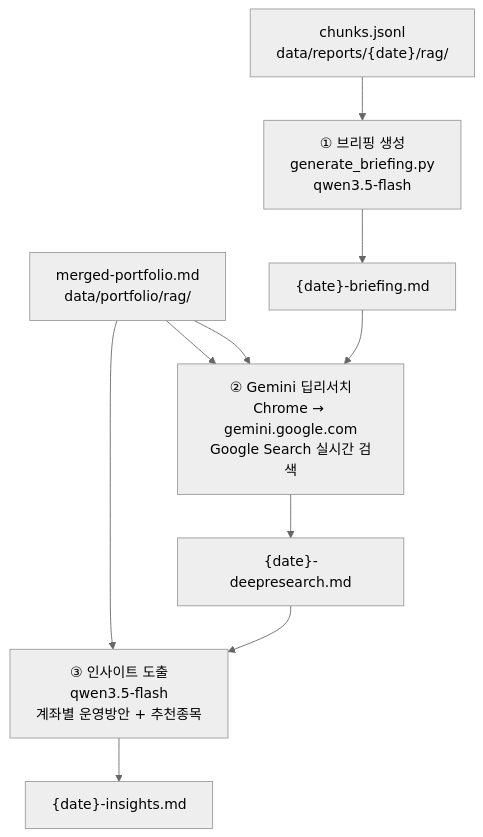
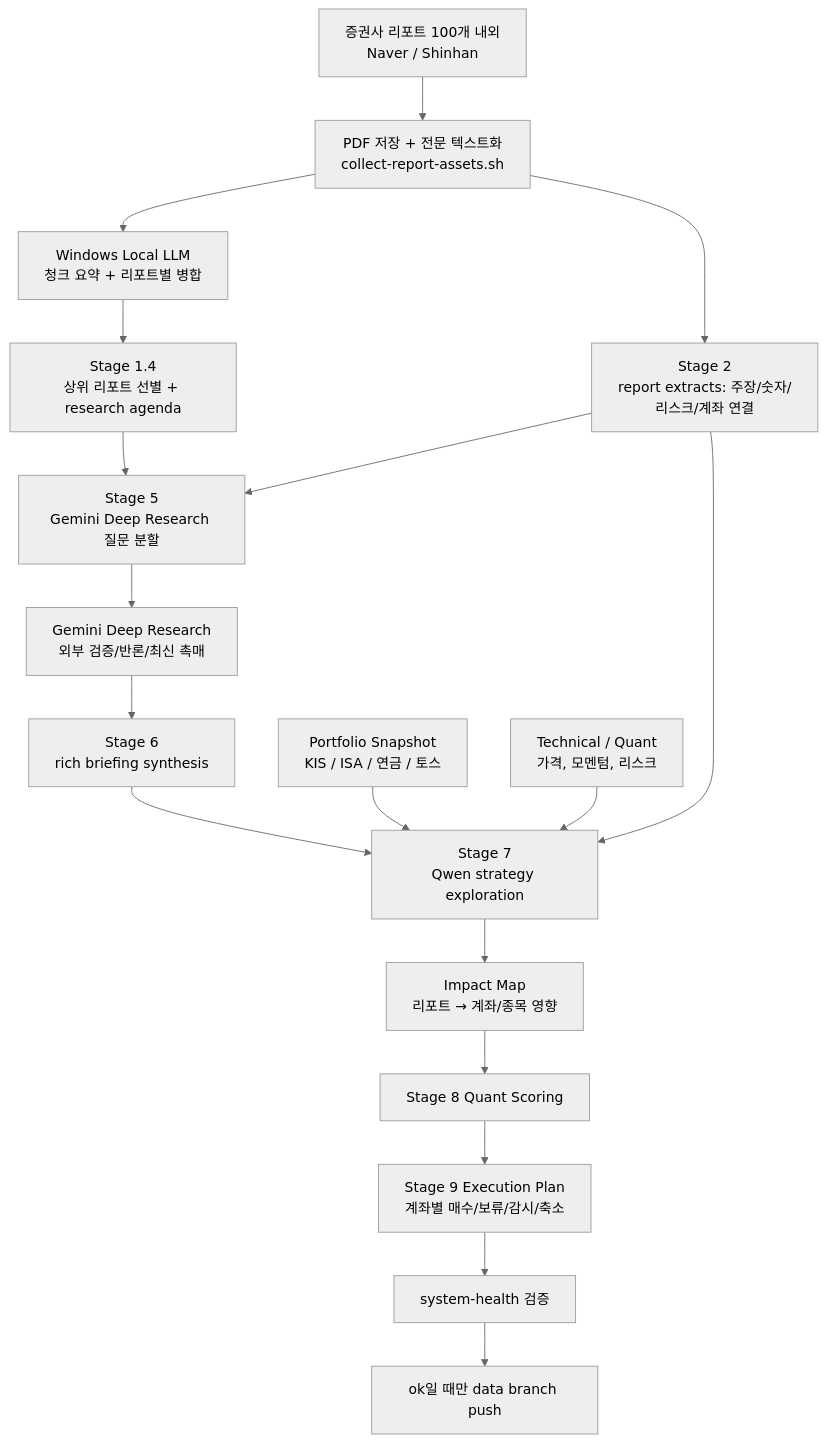
Before and after one commit to sgdrudejr/EcoReport: the first of 2 diagrams in README.md, drawn with Mermaid (neutral theme). The commit also changed other lines of this file, not shown here.

Commit message:
Document EcoReport insight-first workflow

````diff
--- a/README.md
+++ b/README.md
@@ -45,14 +67,20 @@
 ```mermaid
 flowchart TD
-    A["chunks.jsonl<br/>data/reports/{date}/rag/"] --> B["① 브리핑 생성<br/>generate_briefing.py<br/>qwen3.5-flash"]
-    P["merged-portfolio.md<br/>data/portfolio/rag/"] --> C
-
-    B --> BR["{date}-briefing.md"]
-    BR --> C["② Gemini 딥리서치<br/>Chrome → gemini.google.com<br/>Google Search 실시간 검색"]
-    P --> C
-    C --> DR["{date}-deepresearch.md"]
-
-    DR --> E["③ 인사이트 도출<br/>qwen3.5-flash<br/>계좌별 운영방안 + 추천종목"]
-    P --> E
-    E --> INS["{date}-insights.md"]
+    A["증권사 리포트 100개 내외<br/>Naver / Shinhan"] --> B["PDF 저장 + 전문 텍스트화<br/>collect-report-assets.sh"]
+    B --> C["Windows Local LLM<br/>청크 요약 + 리포트별 병합"]
+    C --> D["Stage 1.4<br/>상위 리포트 선별 + research agenda"]
+    B --> E["Stage 2<br/>report extracts: 주장/숫자/리스크/계좌 연결"]
+    D --> F["Stage 5<br/>Gemini Deep Research 질문 분할"]
+    E --> F
+    F --> G["Gemini Deep Research<br/>외부 검증/반론/최신 촉매"]
+    G --> H["Stage 6<br/>rich briefing synthesis"]
+    E --> I["Stage 7<br/>Qwen strategy exploration"]
+    H --> I
+    J["Portfolio Snapshot<br/>KIS / ISA / 연금 / 토스"] --> I
+    K["Technical / Quant<br/>가격, 모멘텀, 리스크"] --> I
+    I --> L["Impact Map<br/>리포트 → 계좌/종목 영향"]
+    L --> M["Stage 8 Quant Scoring"]
+    M --> N["Stage 9 Execution Plan<br/>계좌별 매수/보류/감시/축소"]
+    N --> O["system-health 검증"]
+    O --> P["ok일 때만 data branch push"]
 ```
````
